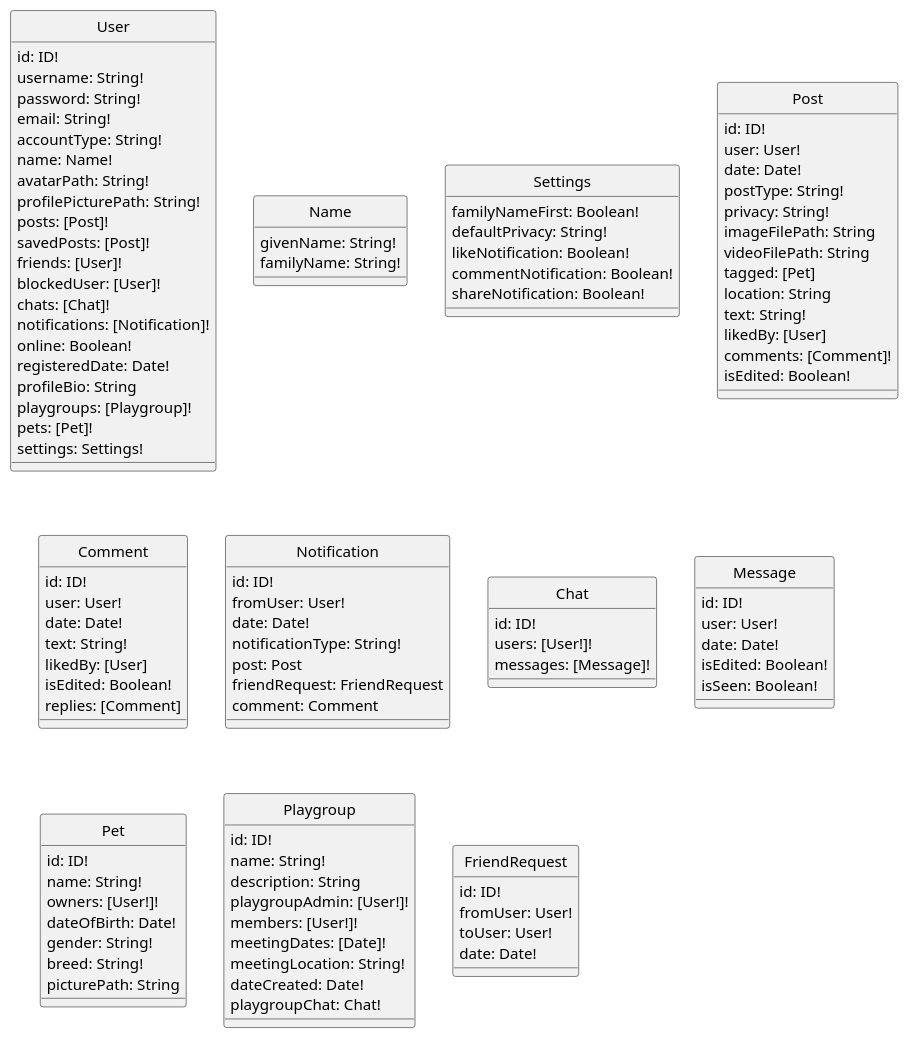
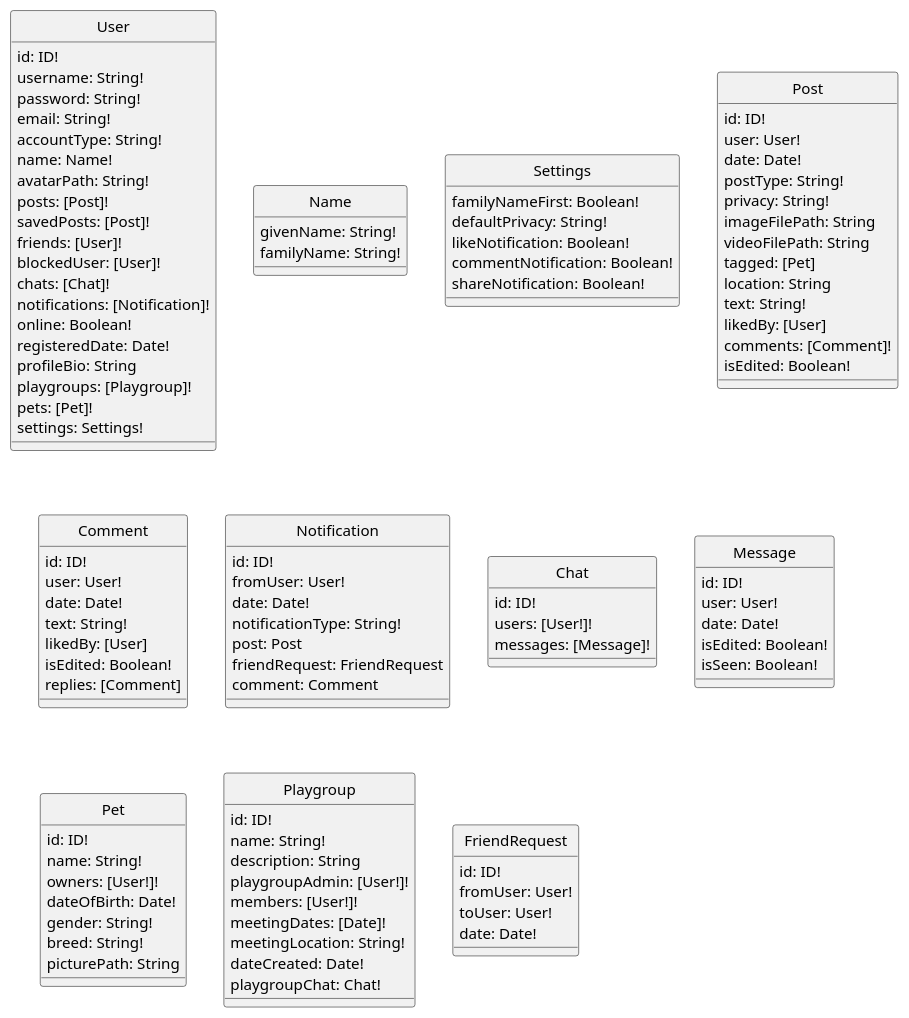
The diagram in docs/uml/DataSchema.puml (bryanwhl/pet-social), drawn with PlantUML before and after one commit. The commit also changed 18 other files, not shown here.

```diff
--- a/docs/uml/DataSchema.puml
+++ b/docs/uml/DataSchema.puml
@@ -1,120 +1,119 @@
 @startuml DataSchema
 hide circle
 skinparam classAttributeIconSize 0
 
 class User {
     id: ID!
     username: String!
     password: String!
     email: String!
     accountType: String!
     name: Name!
     avatarPath: String!
-    profilePicturePath: String!
     posts: [Post]!
     savedPosts: [Post]!
     friends: [User]!
     blockedUser: [User]!
     chats: [Chat]!
     notifications: [Notification]!
     online: Boolean!
     registeredDate: Date!
     profileBio: String
     playgroups: [Playgroup]!
     pets: [Pet]!
     settings: Settings!
 }
 
 class Name {
     givenName: String!
     familyName: String!
 }
 
 class Settings {
     familyNameFirst: Boolean!
     defaultPrivacy: String!
     likeNotification: Boolean!
     commentNotification: Boolean!
     shareNotification: Boolean!
 }
 
 class Post {
     id: ID!
     user: User!
     date: Date!
     postType: String!
     privacy: String!
     imageFilePath: String
     videoFilePath: String
     tagged: [Pet]
     location: String
     text: String!
     likedBy: [User]
     comments: [Comment]!
     isEdited: Boolean!
 }
 
 class Comment {
     id: ID!
     user: User!
     date: Date!
     text: String!
     likedBy: [User]
     isEdited: Boolean!
     replies: [Comment]
 }
 
 class Notification {
     id: ID!
     fromUser: User!
     date: Date!
     notificationType: String!
     post: Post
     friendRequest: FriendRequest
     comment: Comment
 }
 
 class Chat {
     id: ID!
     users: [User!]!
     messages: [Message]!
 }
 
 class Message {
     id: ID!
     user: User!
     date: Date!
     isEdited: Boolean!
     isSeen: Boolean!
 }
 
 class Pet {
     id: ID!
     name: String!
     owners: [User!]!
     dateOfBirth: Date!
     gender: String!
     breed: String!
     picturePath: String
 }
 
 class Playgroup {
     id: ID!
     name: String!
     description: String
     playgroupAdmin: [User!]!
     members: [User!]!
     meetingDates: [Date]!
     meetingLocation: String!
     dateCreated: Date!
     playgroupChat: Chat!
 }
 
 class FriendRequest {
     id: ID!
     fromUser: User!
     toUser: User!
     date: Date!
 }
 
 @enduml
```
